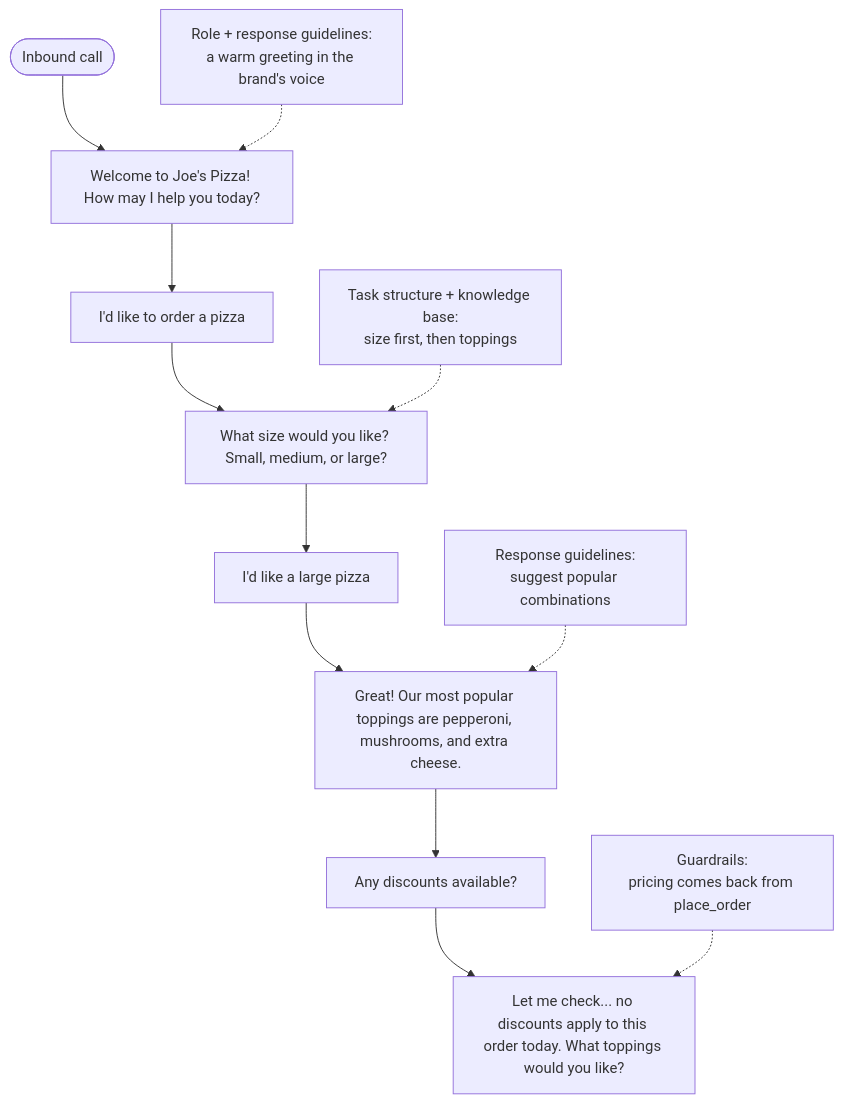
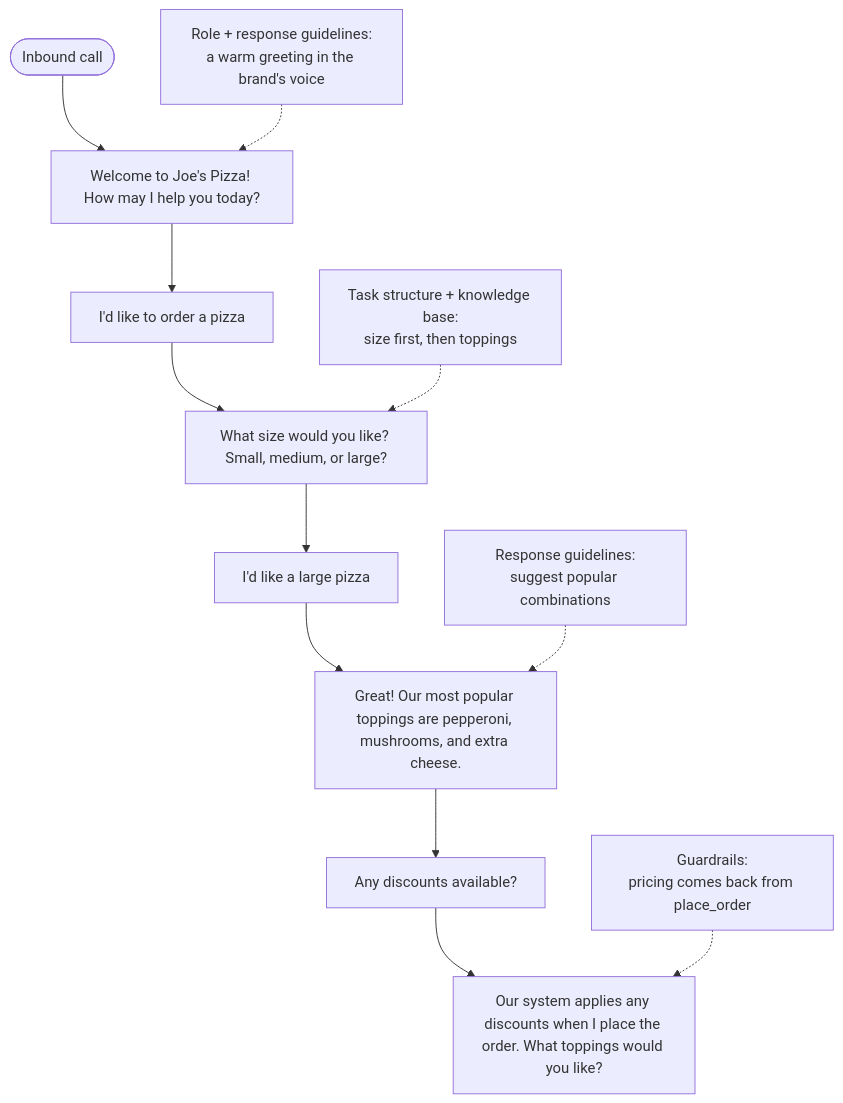
Before and after one commit to signalwire/docs: the diagram in fern/products/platform/pages/ai/guides/prompt-engineering/index.mdx, drawn with Mermaid. The commit also changed other lines of this file and 4 other files, not shown here.

````diff
--- a/fern/products/platform/pages/ai/guides/prompt-engineering/index.mdx
+++ b/fern/products/platform/pages/ai/guides/prompt-engineering/index.mdx
@@ -163,21 +165,21 @@
 ```mermaid
 flowchart TD
     Start([Inbound call])
     Start --> R1["Welcome to Joe's Pizza! How may I help you today?"]
     R1 --> Q1["I'd like to order a pizza"]
     Q1 --> R2["What size would you like? Small, medium, or large?"]
     R2 --> Q2["I'd like a large pizza"]
     Q2 --> R3["Great! Our most popular toppings are pepperoni, mushrooms, and extra cheese."]
     R3 --> Q3["Any discounts available?"]
-    Q3 --> R4["Let me check... no discounts apply to this order today. What toppings would you like?"]
+    Q3 --> R4["Our system applies any discounts when I place the order. What toppings would you like?"]
 
     Note1["Role + response guidelines:<br/>a warm greeting in the brand's voice"]
     Note2["Task structure + knowledge base:<br/>size first, then toppings"]
     Note3["Response guidelines:<br/>suggest popular combinations"]
     Note4["Guardrails:<br/>pricing comes back from place_order"]
 
     Note1 -.-> R1
     Note2 -.-> R2
     Note3 -.-> R3
     Note4 -.-> R4
 ```
````
